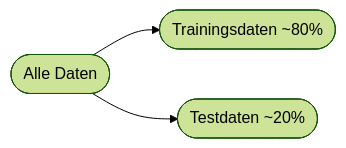
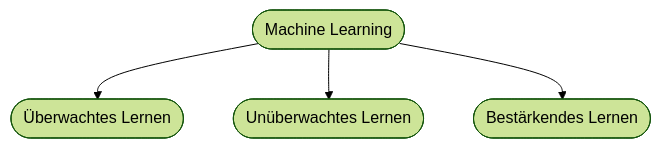
Before and after one commit to Qualidy/Prompt-Engineering-KI-in-der-Arbeitswelt: the second of 3 diagrams in docs/content/kapitel12.md, drawn with Mermaid (forest theme). The commit also changed other lines of this file and 80 other files, not shown here.

````diff
--- a/docs/content/kapitel12.md
+++ b/docs/content/kapitel12.md
@@ -50,5 +44,6 @@
 ```mermaid
-flowchart LR
-    A([Alle Daten]) --> B([Trainingsdaten ~80%])
-    A --> C([Testdaten ~20%])
+flowchart TD
+    A([Machine Learning]) --> B([Überwachtes Lernen])
+    A --> C([Unüberwachtes Lernen])
+    A --> D([Bestärkendes Lernen])
 ```
````
